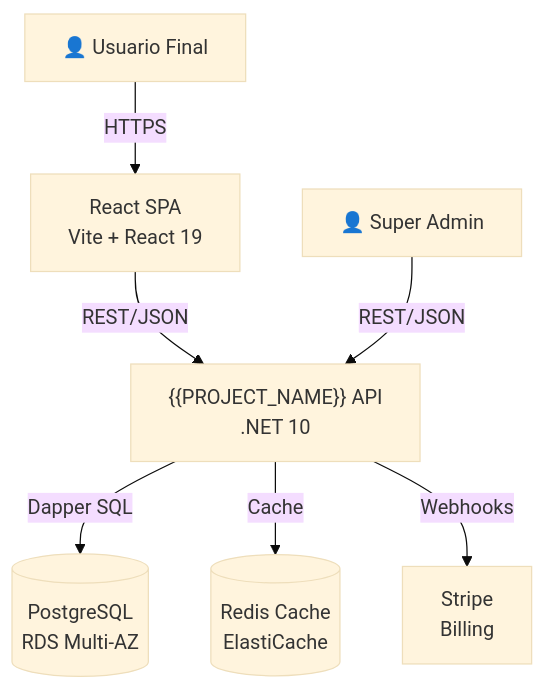
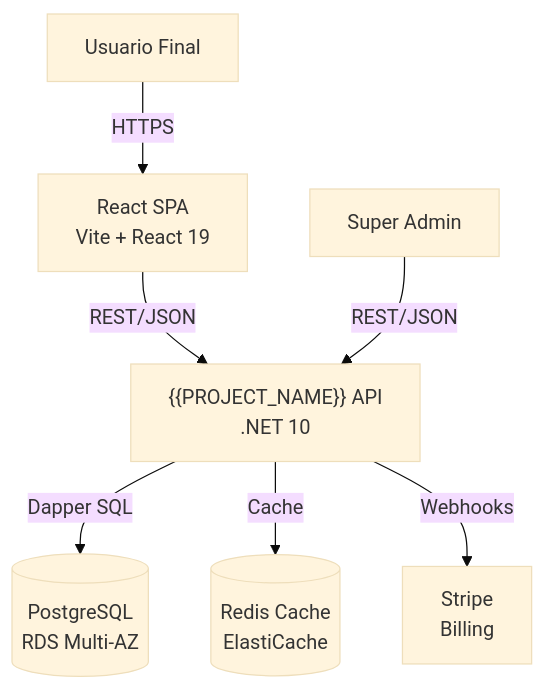
Before and after one commit to Raptor-Dev-Services/dev-notes: the diagram in 03-arquitectura/12-c4-model.md, drawn with Mermaid (base theme). The commit also changed 114 other files, not shown here.

````diff
--- a/03-arquitectura/12-c4-model.md
+++ b/03-arquitectura/12-c4-model.md
@@ -168,17 +168,17 @@
 ```mermaid
 graph TB
-    User[👤 Usuario Final]
-    Admin[👤 Super Admin]
+    User[Usuario Final]
+    Admin[Super Admin]
     SPA[React SPA<br/>Vite + React 19]
     API["{{PROJECT_NAME}} API<br/>.NET 10"]
     DB[(PostgreSQL<br/>RDS Multi-AZ)]
     Redis[(Redis Cache<br/>ElastiCache)]
     Stripe[Stripe<br/>Billing]
 
     User -->|HTTPS| SPA
     SPA -->|REST/JSON| API
     Admin -->|REST/JSON| API
     API -->|Dapper SQL| DB
     API -->|Cache| Redis
     API -->|Webhooks| Stripe
 ```
````
